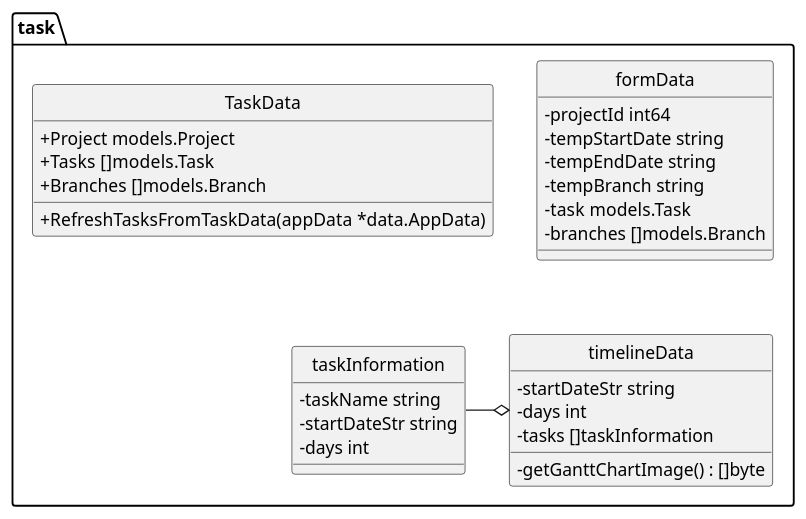
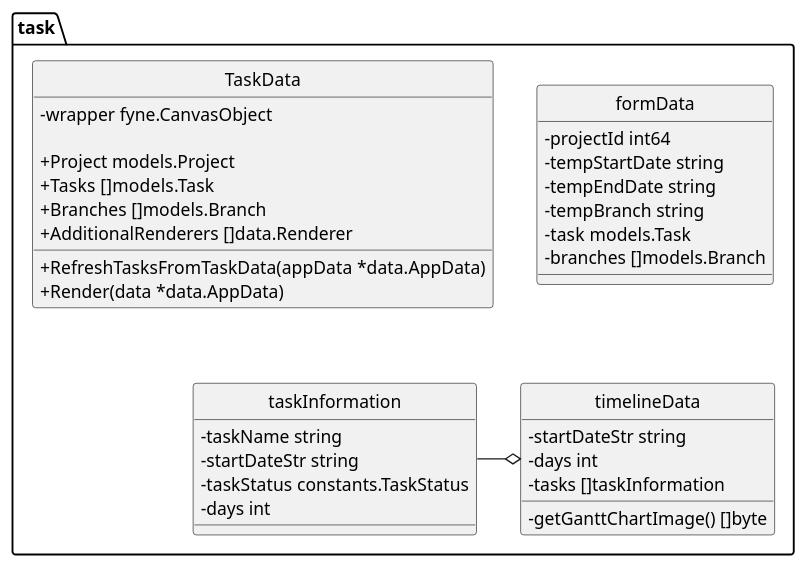
One commit to imdar1/GitMonitor changed the diagram in docs/res/modules/task.pu. Above: the diagram before and after it, drawn with PlantUML. The commit also changed 12 other files, not shown here.

```diff
--- a/docs/res/modules/task.pu
+++ b/docs/res/modules/task.pu
@@ -1,48 +1,53 @@
 @startuml
 top to bottom direction
 skinparam classAttributeIconSize 0
 skinparam DefaultFontName Arial
 skinparam DefaultFontSize 14
 skinparam monochrome true
 hide circle
 
 namespace task {
     class TaskData << (S,Aquamarine) >> {
-        + Project models.Project
-        + Tasks []models.Task
-        + Branches []models.Branch
+- wrapper fyne.CanvasObject
+
++ Project models.Project
++ Tasks []models.Task
++ Branches []models.Branch
++ AdditionalRenderers []data.Renderer
 
         + RefreshTasksFromTaskData(appData *data.AppData) 
+        + Render(data *data.AppData) 
 
     }
     class formData << (S,Aquamarine) >> {
-        - projectId int64
-        - tempStartDate string
-        - tempEndDate string
-        - tempBranch string
-        - task models.Task
-        - branches []models.Branch
+- projectId int64
+- tempStartDate string
+- tempEndDate string
+- tempBranch string
+- task models.Task
+- branches []models.Branch
 
     }
     class taskInformation << (S,Aquamarine) >> {
-        - taskName string
-        - startDateStr string
-        - days int
+- taskName string
+- startDateStr string
+- taskStatus constants.TaskStatus
+- days int
 
     }
     class timelineData << (S,Aquamarine) >> {
-        - startDateStr string
-        - days int
-        - tasks []taskInformation
+- startDateStr string
+- days int
+- tasks []taskInformation
 
-        - getGanttChartImage() : []byte
+        - getGanttChartImage() []byte
 
     }
 }
 
 "task.TaskData" -[hidden] "task.formData"
 "task.formData" -[hidden]- "task.taskInformation"
 "task.formData" -[hidden]- "task.timelineData"
 "task.taskInformation" -o "task.timelineData"
 
 @enduml
```
